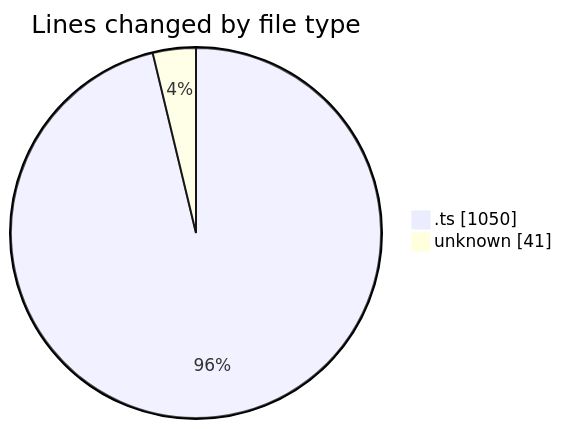
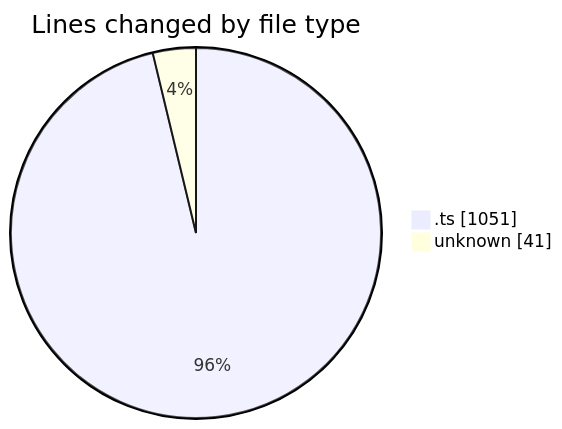
One commit to momahboobian/code-tracking changed the first of 2 diagrams in 2025-08-18/cda/README.md. Above: the diagram before and after it, drawn with Mermaid. The commit also changed other lines of this file and 1 other file, not shown here.

````diff
--- a/2025-08-18/cda/README.md
+++ b/2025-08-18/cda/README.md
@@ -24,6 +24,6 @@
 ```mermaid
 pie showData
 title Lines changed by file type
-".ts" : 1050
+".ts" : 1051
 "unknown" : 41
 ```
````
